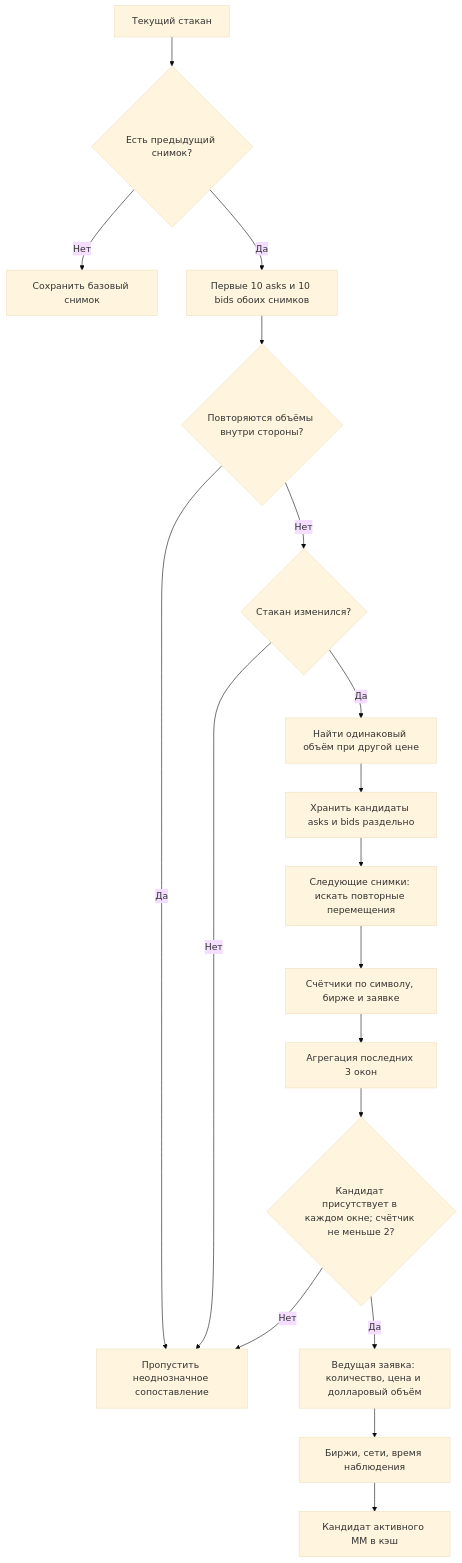
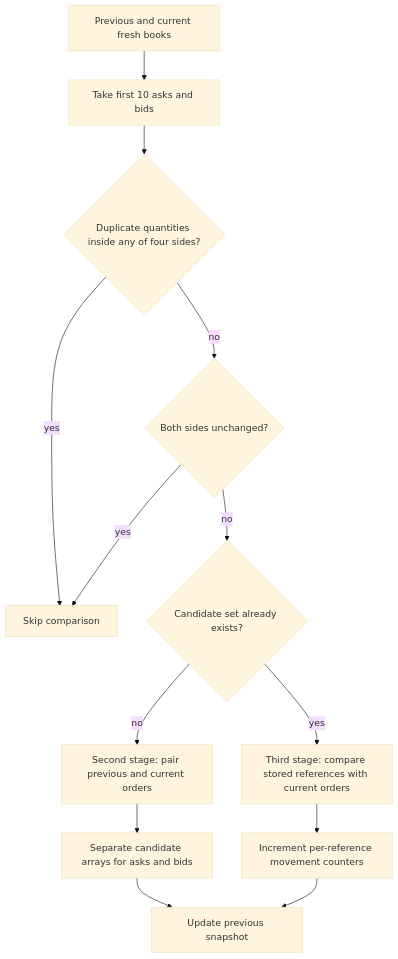
One commit to salyahcrypto1-beep/sc-market-maker changed the third of 14 diagrams in docs/ARCHITECTURE.md. Above: the diagram before and after it, drawn with Mermaid (base theme). The commit also changed other lines of this file and 38 other files, not shown here.

````diff
--- a/docs/ARCHITECTURE.md
+++ b/docs/ARCHITECTURE.md
@@ -37,20 +57,15 @@
 ```mermaid
 flowchart TD
-    NOW[Текущий стакан] --> PREV{Есть предыдущий снимок?}
-    PREV -- Нет --> SAVE[Сохранить базовый снимок]
-    PREV -- Да --> TOP[Первые 10 asks и 10 bids обоих снимков]
-    TOP --> DUP{Повторяются объёмы внутри стороны?}
-    DUP -- Да --> SKIP[Пропустить неоднозначное сопоставление]
-    DUP -- Нет --> CHANGED{Стакан изменился?}
-    CHANGED -- Нет --> SKIP
-    CHANGED -- Да --> MATCH[Найти одинаковый объём при другой цене]
-    MATCH --> SIDES[Хранить кандидаты asks и bids раздельно]
-    SIDES --> FOLLOW[Следующие снимки: искать повторные перемещения]
-    FOLLOW --> COUNT[Счётчики по символу, бирже и заявке]
-    COUNT --> WINDOWS[Агрегация последних 3 окон]
-    WINDOWS --> PERSIST{Кандидат присутствует в каждом окне; счётчик не меньше 2?}
-    PERSIST -- Нет --> SKIP
-    PERSIST -- Да --> LEADER[Ведущая заявка: количество, цена и долларовый объём]
-    LEADER --> CONTEXT[Биржи, сети, время наблюдения]
-    CONTEXT --> CACHE[Кандидат активного MM в кэш]
+    B[Previous and current fresh books] --> TOP[Take first 10 asks and bids]
+    TOP --> DUP{Duplicate quantities inside any of four sides?}
+    DUP -- yes --> SKIP[Skip comparison]
+    DUP -- no --> EQ{Both sides unchanged?}
+    EQ -- yes --> SKIP
+    EQ -- no --> HAS{Candidate set already exists?}
+    HAS -- no --> ST2[Second stage: pair previous and current orders]
+    HAS -- yes --> ST3[Third stage: compare stored references with current orders]
+    ST2 --> SAVE[Separate candidate arrays for asks and bids]
+    ST3 --> COUNT[Increment per-reference movement counters]
+    SAVE --> PREV[Update previous snapshot]
+    COUNT --> PREV
 ```
````
